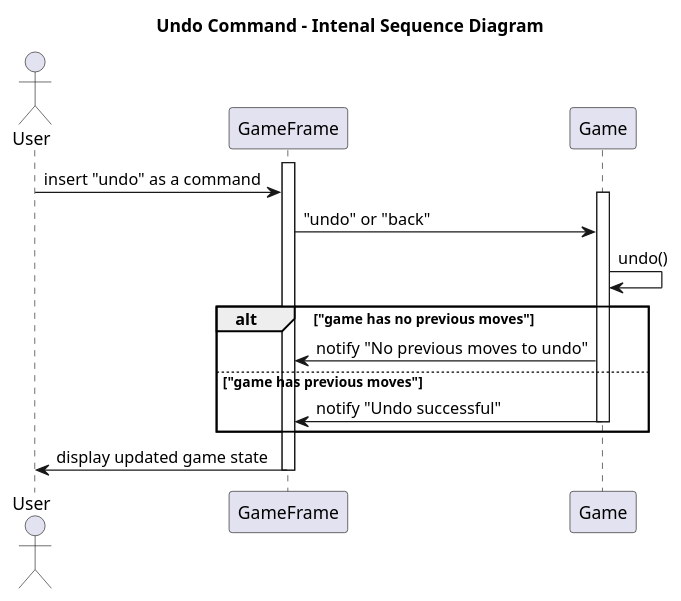
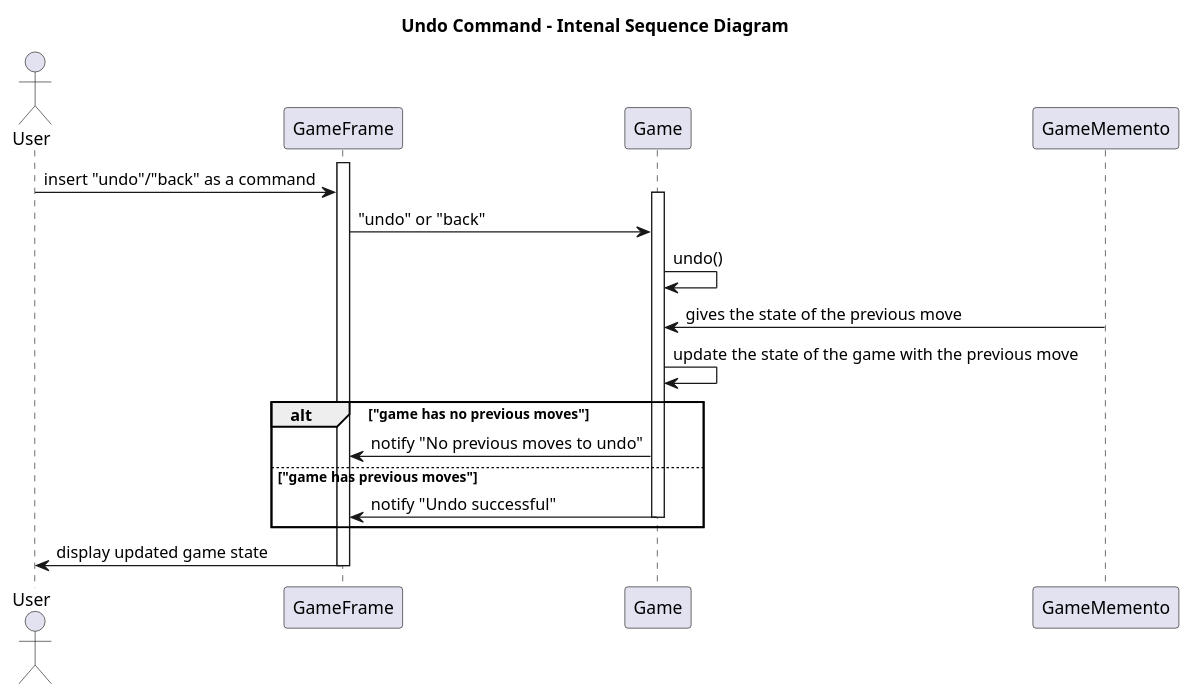
Before and after one commit to nardib/TextAdventure: the diagram in doc/UndoInternalSequenceDiagram.plantuml, drawn with PlantUML. The commit also changed 1 other file, not shown here.

Commit message:
diagrams review

```diff
--- a/doc/UndoInternalSequenceDiagram.plantuml
+++ b/doc/UndoInternalSequenceDiagram.plantuml
@@ -1,28 +1,31 @@
 @startuml Undo
 
 title Undo Command - Intenal Sequence Diagram
 
 actor User
 participant GameFrame
 participant Game
+participant GameMemento
 
 activate GameFrame
-User -> GameFrame : insert "undo" as a command
+User -> GameFrame : insert "undo"/"back" as a command
 
 activate Game
 GameFrame -> Game : "undo" or "back"
 
 Game -> Game : undo()
+GameMemento -> Game : gives the state of the previous move 
+Game -> Game : update the state of the game with the previous move
 
 alt "game has no previous moves" 
     Game -> GameFrame : notify "No previous moves to undo"
 else "game has previous moves"
     Game -> GameFrame : notify "Undo successful"
 deactivate Game
 end
 
 GameFrame -> User : display updated game state
 
 deactivate GameFrame
 
 @enduml
```
